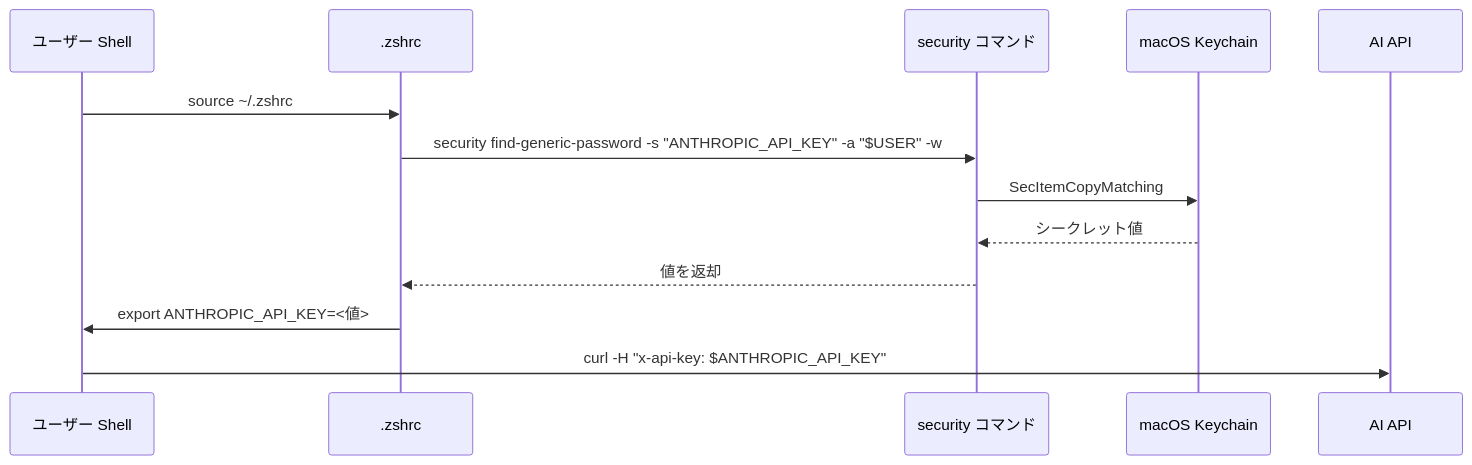
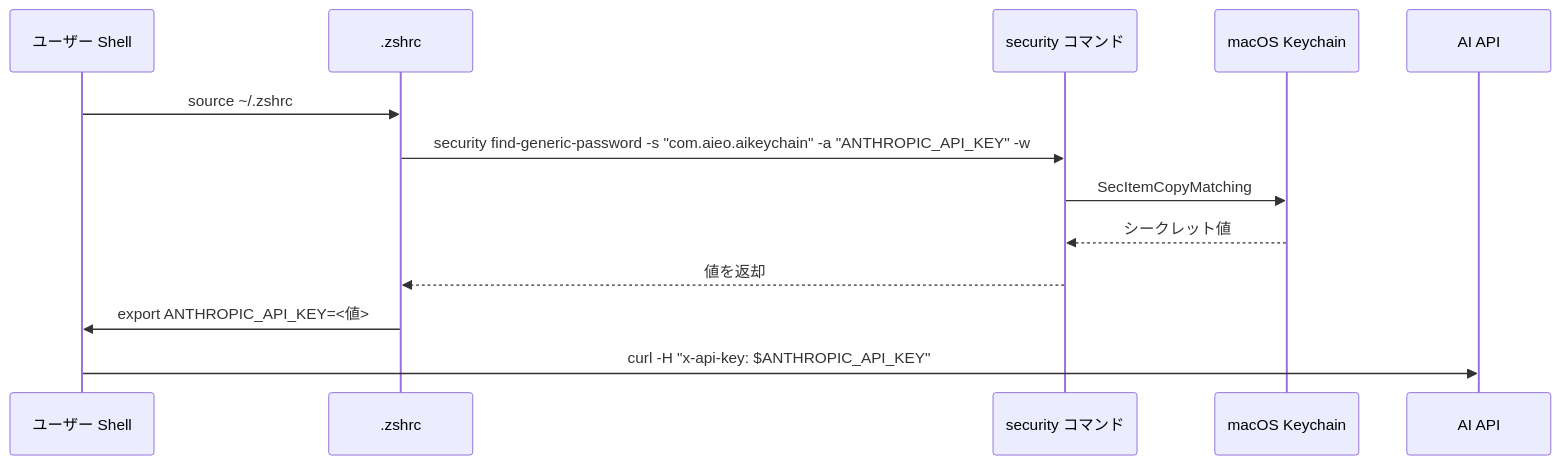
Before and after one commit to aieo-product/AIkeychain: the second of 5 diagrams in docs/design/architecture.md, drawn with Mermaid. The commit also changed other lines of this file and 4 other files, not shown here.

````diff
--- a/docs/design/architecture.md
+++ b/docs/design/architecture.md
@@ -78,16 +78,16 @@
 ```mermaid
 sequenceDiagram
     participant Shell as ユーザー Shell
     participant Zshrc as .zshrc
     participant Security as security コマンド
     participant Keychain as macOS Keychain
     participant API as AI API
 
     Shell->>Zshrc: source ~/.zshrc
-    Zshrc->>Security: security find-generic-password -s "ANTHROPIC_API_KEY" -a "$USER" -w
+    Zshrc->>Security: security find-generic-password -s "com.aieo.aikeychain" -a "ANTHROPIC_API_KEY" -w
     Security->>Keychain: SecItemCopyMatching
     Keychain-->>Security: シークレット値
     Security-->>Zshrc: 値を返却
     Zshrc->>Shell: export ANTHROPIC_API_KEY=<値>
     Shell->>API: curl -H "x-api-key: $ANTHROPIC_API_KEY"
 ```
````
